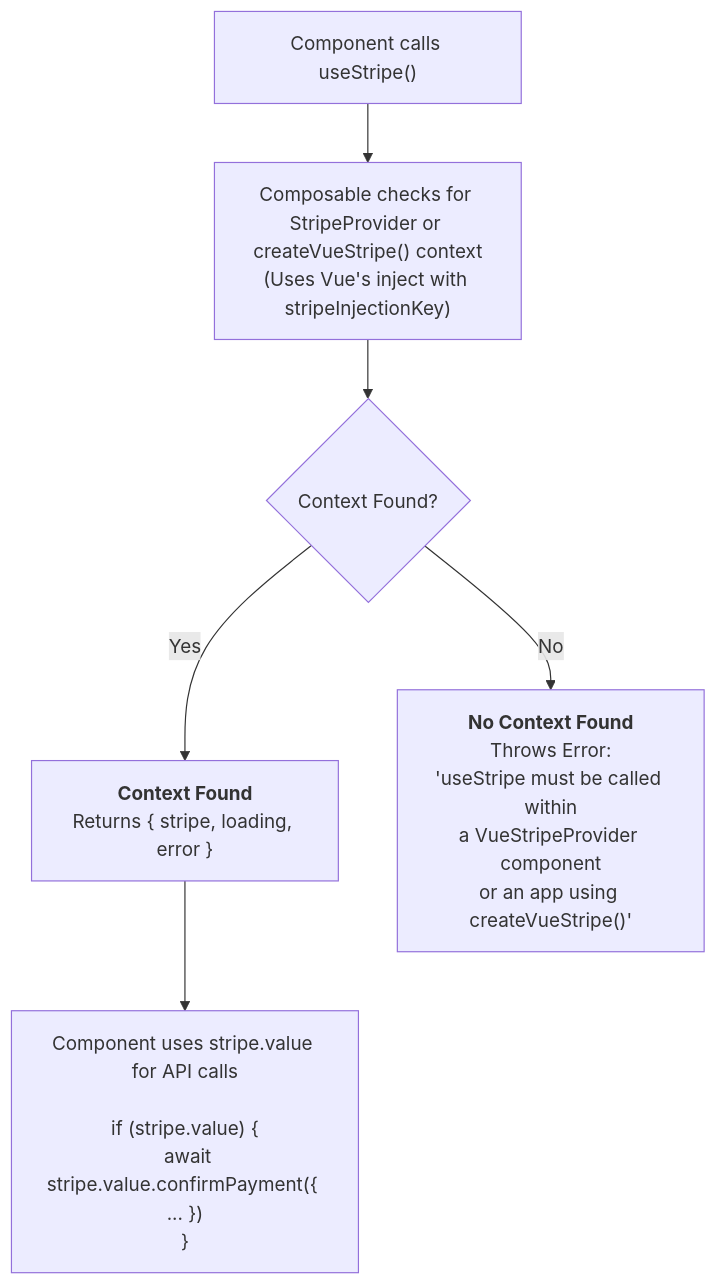
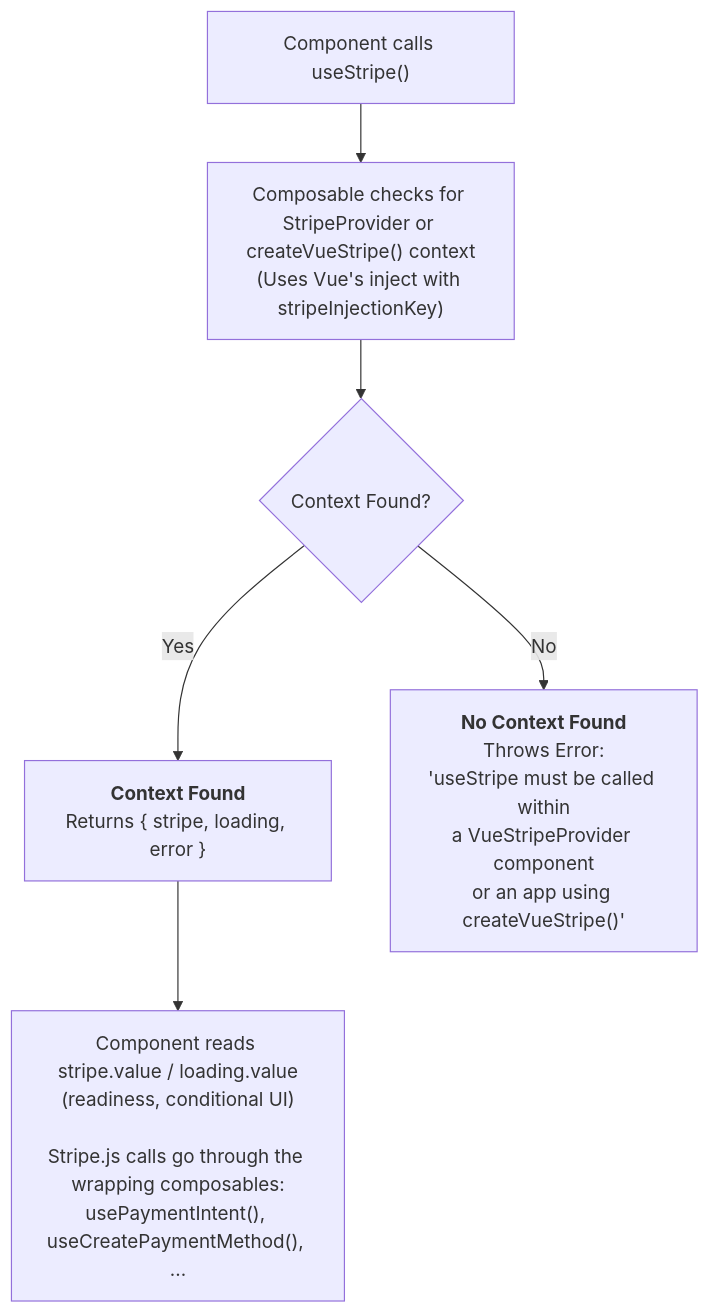
Before and after one commit to vue-stripe/vue-stripe: the diagram in apps/docs/api/composables/use-stripe.md, drawn with Mermaid. The commit also changed other lines of this file and 24 other files, not shown here.

````diff
--- a/apps/docs/api/composables/use-stripe.md
+++ b/apps/docs/api/composables/use-stripe.md
@@ -19,8 +19,8 @@
 ```mermaid
 flowchart TD
     A["Component calls useStripe()"] --> B["Composable checks for StripeProvider or createVueStripe() context<br/>(Uses Vue's inject with stripeInjectionKey)"]
     B --> C{Context Found?}
     C -->|Yes| D["<b>Context Found</b><br/>Returns { stripe, loading, error }"]
     C -->|No| E["<b>No Context Found</b><br/>Throws Error:<br/>'useStripe must be called within<br/>a VueStripeProvider component<br/>or an app using createVueStripe()'"]
-    D --> F["Component uses stripe.value for API calls<br/><br/>if (stripe.value) {<br/>  await stripe.value.confirmPayment({ ... })<br/>}"]
+    D --> F["Component reads stripe.value / loading.value<br/>(readiness, conditional UI)<br/><br/>Stripe.js calls go through the wrapping composables:<br/>usePaymentIntent(), useCreatePaymentMethod(), ..."]
 ```
````
